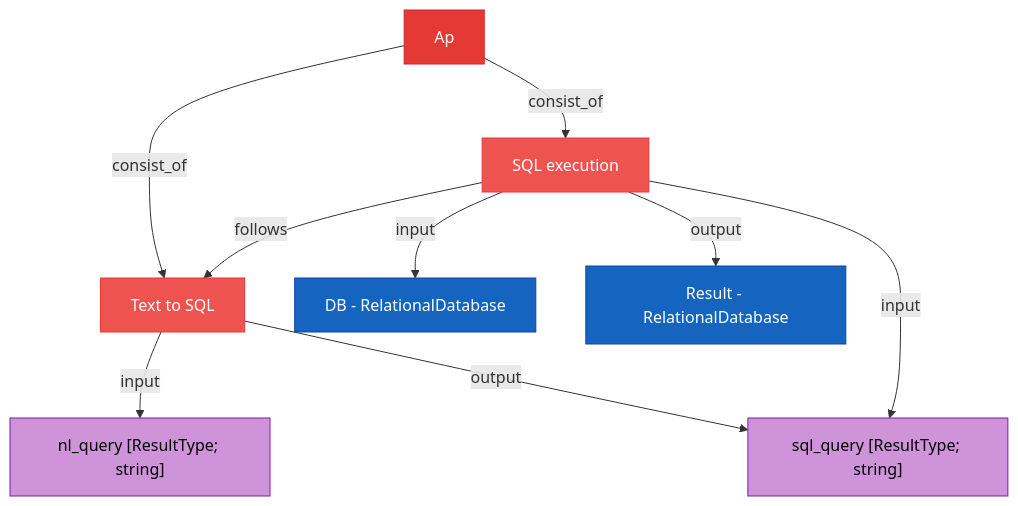
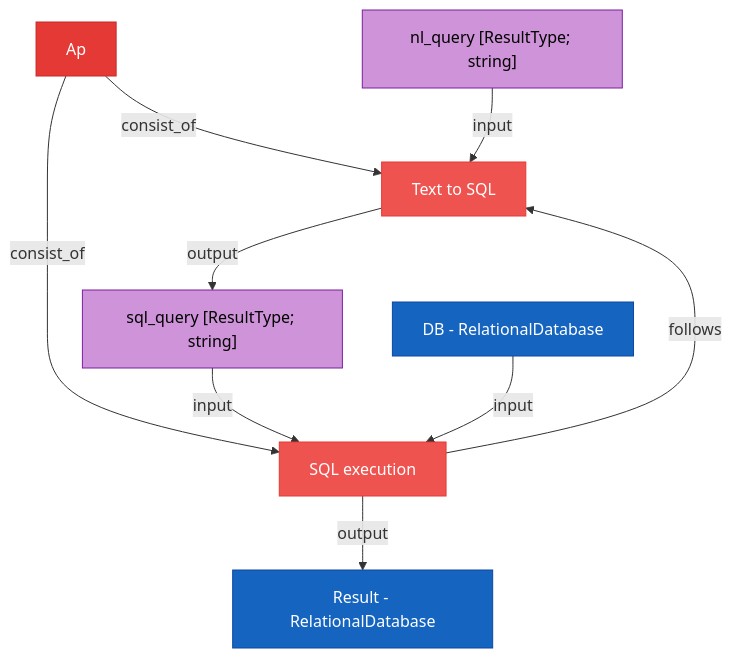
One commit to datagems-eosc/moma-management changed the fifth of 5 diagrams in docs/design_notes/2024_04_16_Operator_IO.md. Above: the diagram before and after it, drawn with Mermaid. The commit also changed other lines of this file and 16 other files, not shown here.

````diff
--- a/docs/design_notes/2024_04_16_Operator_IO.md
+++ b/docs/design_notes/2024_04_16_Operator_IO.md
@@ -562,39 +562,39 @@
 ```mermaid
 
 graph TD
 
     %% Top level
     AP[Ap]
 
     %% Operations (execution flow)
     OP1[Text to SQL]
     OP2[SQL execution]
 
     %% Data
     RT_NL["nl_query [ResultType; string]"]
     RT_SQL["sql_query [ResultType; string]"]
     DS_DB[DB - RelationalDatabase]
     DS_RESULT[Result - RelationalDatabase]
 
     %% Execution order (vertical flow)
     AP -->|consist_of| OP1
     AP -->|consist_of| OP2
     OP2 -->|follows| OP1
 
-    %% Data flow (all edges go FROM Operator TO data node)
-    OP1 -->|input| RT_NL
+    %% Data flow (input edges go FROM data node TO Operator; output edges go FROM Operator TO data node)
+    RT_NL -->|input| OP1
     OP1 -->|output| RT_SQL
-    OP2 -->|input| RT_SQL
-    OP2 -->|input| DS_DB
+    RT_SQL -->|input| OP2
+    DS_DB -->|input| OP2
     OP2 -->|output| DS_RESULT
 
     %% Styling
     style AP fill:#E53935,stroke:#C62828,color:#fff
     style OP1 fill:#EF5350,stroke:#E53935,color:#fff
     style OP2 fill:#EF5350,stroke:#E53935,color:#fff
 
     style RT_NL fill:#CE93D8,stroke:#7B1FA2,color:#000
     style RT_SQL fill:#CE93D8,stroke:#7B1FA2,color:#000
     style DS_DB fill:#1565C0,stroke:#0D47A1,color:#fff
     style DS_RESULT fill:#1565C0,stroke:#0D47A1,color:#fff
 ```
````
